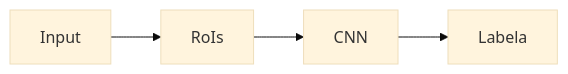
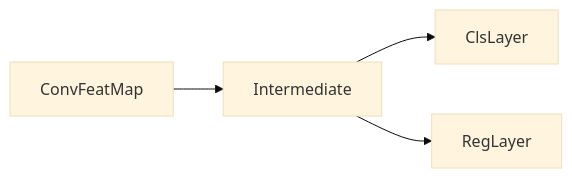
One commit to YBRua/CourseNotes changed the second of 2 diagrams in Deep Learning/Chapters/Chapter03_ApplicationOfCNN.md. Above: the diagram before and after it, drawn with Mermaid (base theme). The commit also changed other lines of this file and 2 other files, not shown here.

````diff
--- a/Deep Learning/Chapters/Chapter03_ApplicationOfCNN.md
+++ b/Deep Learning/Chapters/Chapter03_ApplicationOfCNN.md
@@ -166,6 +225,6 @@
 ```mermaid
 graph LR
-    Input-->RoIs
-    RoIs-->CNN
-    CNN-->Labela
+  ConvFeatMap-->Intermediate
+  Intermediate-->ClsLayer
+  Intermediate-->RegLayer
 ```
````
